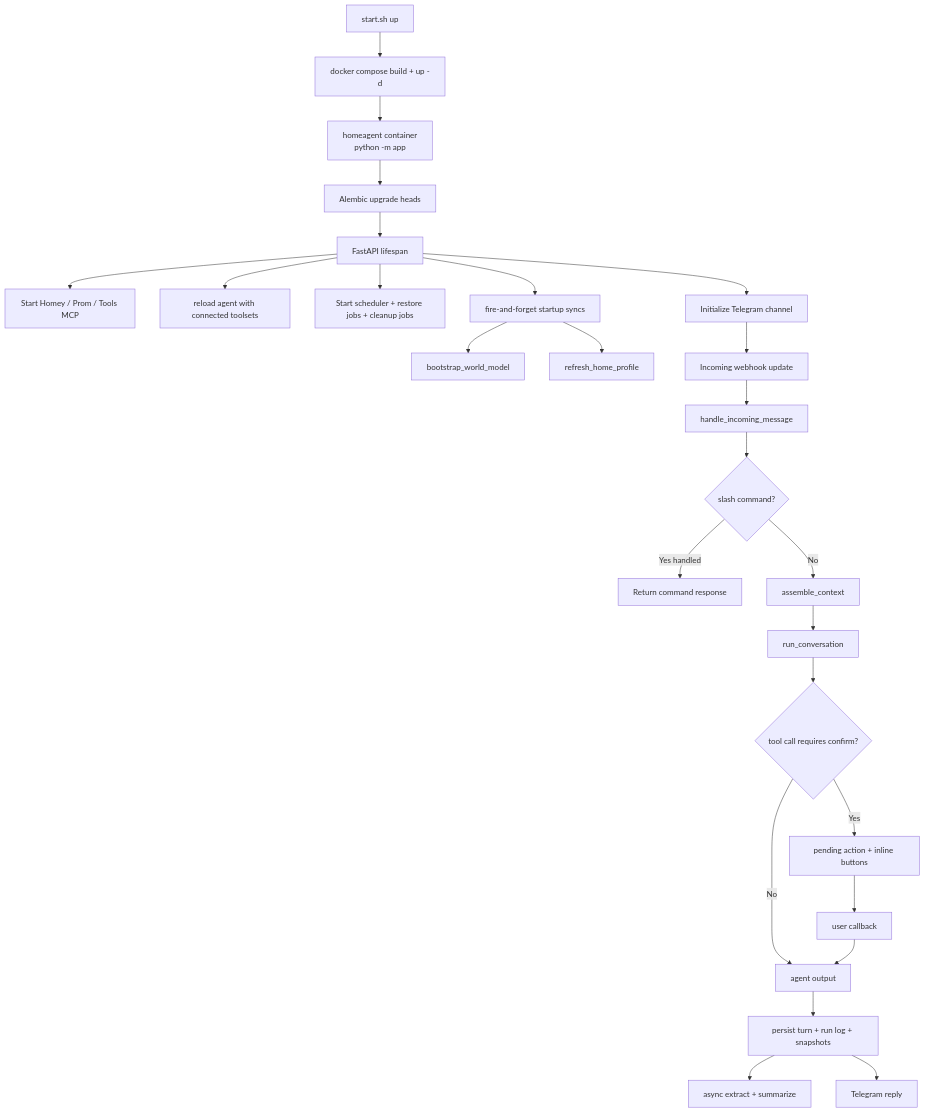
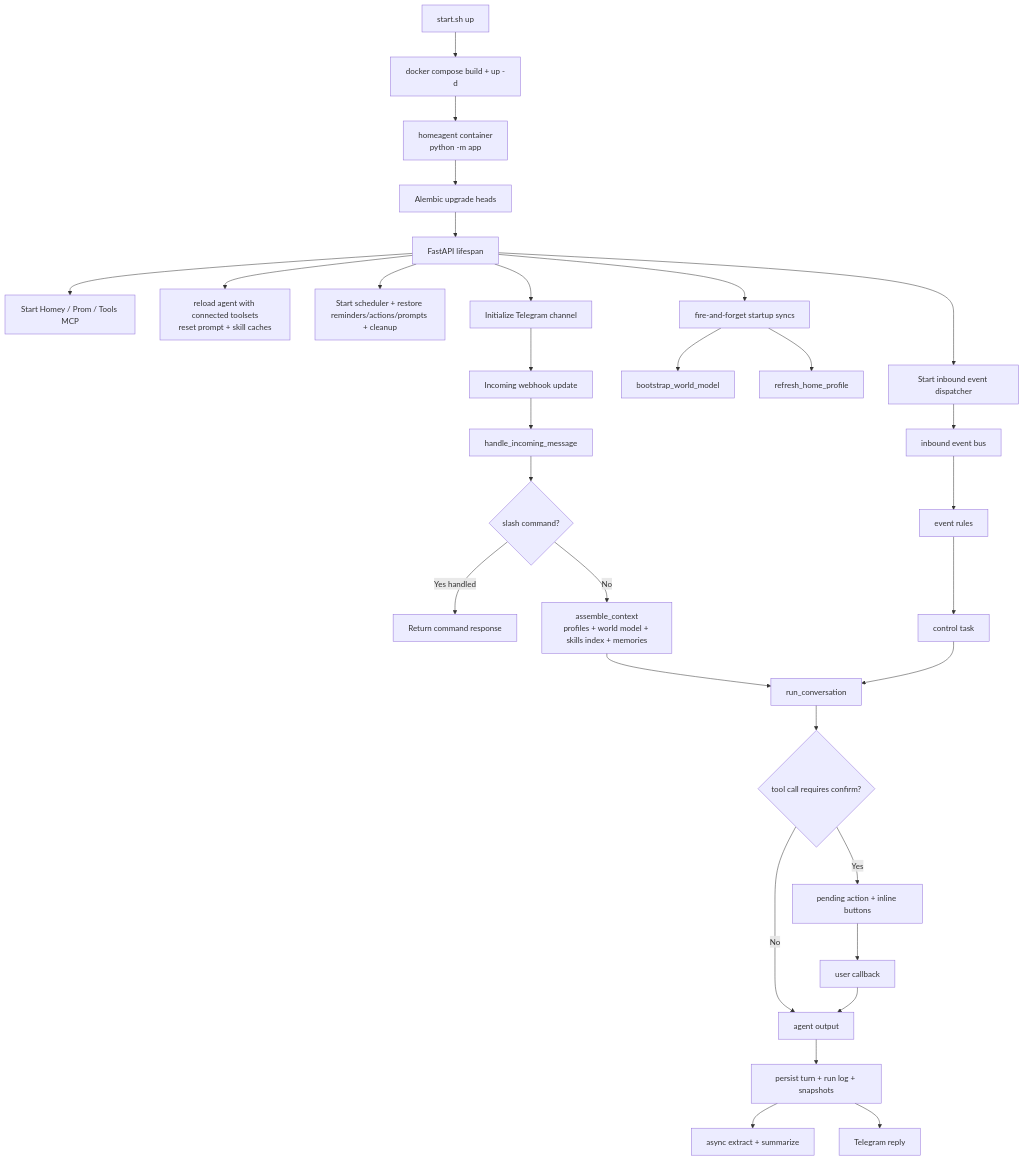
One commit to ksvan/homeAgent changed the third of 4 diagrams in docs/architecture-diagrams.md. Above: the diagram before and after it, drawn with Mermaid. The commit also changed other lines of this file and 6 other files, not shown here.

Commit message:
docs: update .env.example, diagrams, and agent-flow doc

````diff
--- a/docs/architecture-diagrams.md
+++ b/docs/architecture-diagrams.md
@@ -146,31 +165,37 @@
 ```mermaid
 flowchart TB
     START[start.sh up] --> DC[docker compose build + up -d]
     DC --> APP[homeagent container<br>python -m app]
     APP --> MIG[Alembic upgrade heads]
     MIG --> LIFE[FastAPI lifespan]
 
     LIFE --> MCP[Start Homey / Prom / Tools MCP]
-    LIFE --> RELOAD[reload agent with connected toolsets]
-    LIFE --> SCH[Start scheduler + restore jobs + cleanup jobs]
+    LIFE --> RELOAD[reload agent with connected toolsets<br>reset prompt + skill caches]
+    LIFE --> SCH[Start scheduler + restore reminders/actions/prompts + cleanup]
+    LIFE --> DISP[Start inbound event dispatcher]
     LIFE --> BOOT[fire-and-forget startup syncs]
     BOOT --> WM[bootstrap_world_model]
     BOOT --> HP[refresh_home_profile]
     LIFE --> TG[Initialize Telegram channel]
 
     TG --> WH[Incoming webhook update]
     WH --> MSG[handle_incoming_message]
     MSG --> CMD{slash command?}
     CMD -->|Yes handled| CR[Return command response]
-    CMD -->|No| CTX[assemble_context]
+    CMD -->|No| CTX[assemble_context<br>profiles + world model + skills index + memories]
     CTX --> RUN[run_conversation]
     RUN --> POL{tool call requires confirm?}
     POL -->|Yes| PEND[pending action + inline buttons]
     POL -->|No| OUT[agent output]
     PEND --> CB[user callback]
     CB --> OUT
 
     OUT --> SAVE[persist turn + run log + snapshots]
     SAVE --> BG[async extract + summarize]
     SAVE --> REPLY[Telegram reply]
+
+    DISP --> EVBUS[inbound event bus]
+    EVBUS --> RULES[event rules]
+    RULES --> CTRL[control task]
+    CTRL --> RUN
 ```
````
